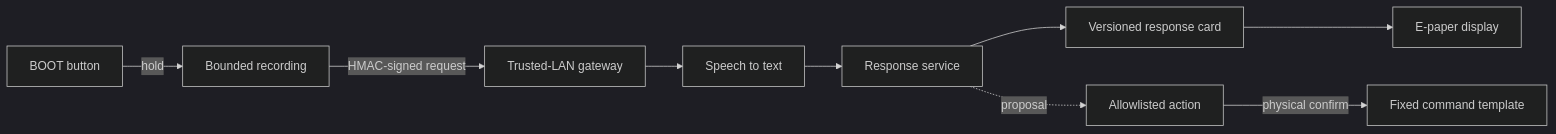
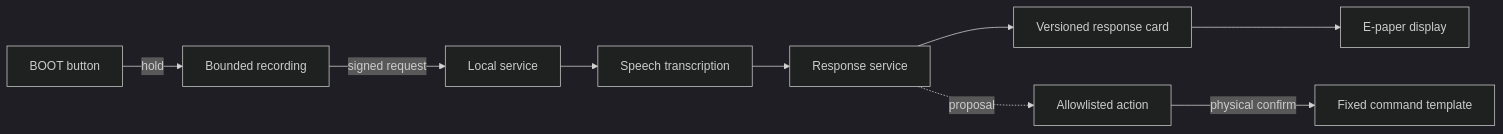
The diagram in docs/index.md (nikolareljin/ink-mate), drawn with Mermaid (dark theme) before and after one commit. The commit also changed other lines of this file and 16 other files, not shown here.

````diff
--- a/docs/index.md
+++ b/docs/index.md
@@ -54,11 +95,11 @@
 ```mermaid
 flowchart LR
   B[BOOT button] -->|hold| R[Bounded recording]
-  R -->|HMAC-signed request| G[Trusted-LAN gateway]
-  G --> S[Speech to text]
+  R -->|signed request| G[Local service]
+  G --> S[Speech transcription]
   S --> L[Response service]
   L --> C[Versioned response card]
   C --> E[E-paper display]
   L -. proposal .-> A[Allowlisted action]
   A -->|physical confirm| X[Fixed command template]
 ```
````
